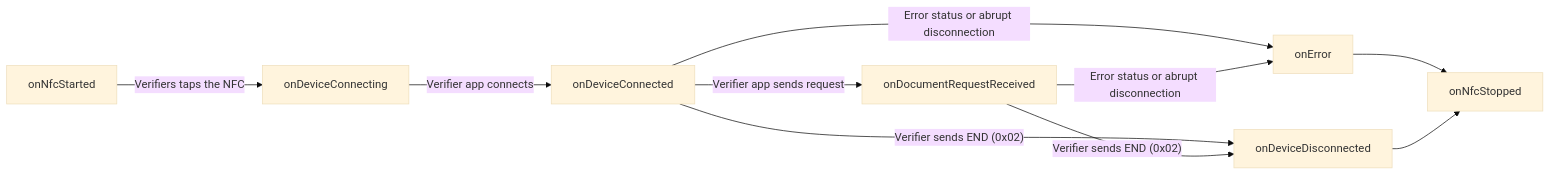
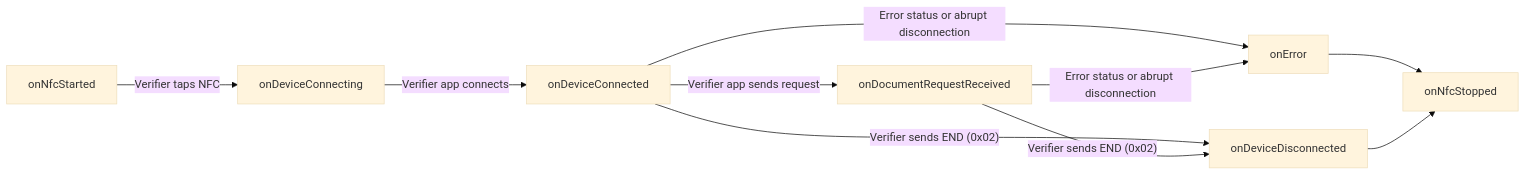
One commit to pagopa/io-react-native-iso18013 changed the second of 3 diagrams in src/iso18013/iso18013-5/README.md. Above: the diagram before and after it, drawn with Mermaid (base theme). The commit also changed other lines of this file and 3 other files, not shown here.

````diff
--- a/src/iso18013/iso18013-5/README.md
+++ b/src/iso18013/iso18013-5/README.md
@@ -98,23 +98,23 @@
 ```mermaid
 flowchart LR
     onNfcStarted["onNfcStarted"]
     onNfcStopped["onNfcStopped"]
     onDeviceConnecting["onDeviceConnecting"]
     onDeviceConnected["onDeviceConnected"]
     onDocumentRequestReceived["onDocumentRequestReceived"]
     onDeviceDisconnected["onDeviceDisconnected"]
     onError["onError"]
 
-    onNfcStarted -- "Verifiers taps the NFC" --> onDeviceConnecting
+    onNfcStarted -- "Verifier taps NFC" --> onDeviceConnecting
     onDeviceConnecting -- "Verifier app connects" --> onDeviceConnected
 
     onDeviceConnected -- "Verifier app sends request" --> onDocumentRequestReceived
     onDeviceConnected -- "Verifier sends END (0x02)" --> onDeviceDisconnected
     onDeviceConnected -- "Error status or abrupt disconnection" --> onError
 
     onDocumentRequestReceived -- "Verifier sends END (0x02)" --> onDeviceDisconnected
     onDocumentRequestReceived -- "Error status or abrupt disconnection" --> onError
 
     onError --> onNfcStopped
     onDeviceDisconnected --> onNfcStopped
 ```
````
